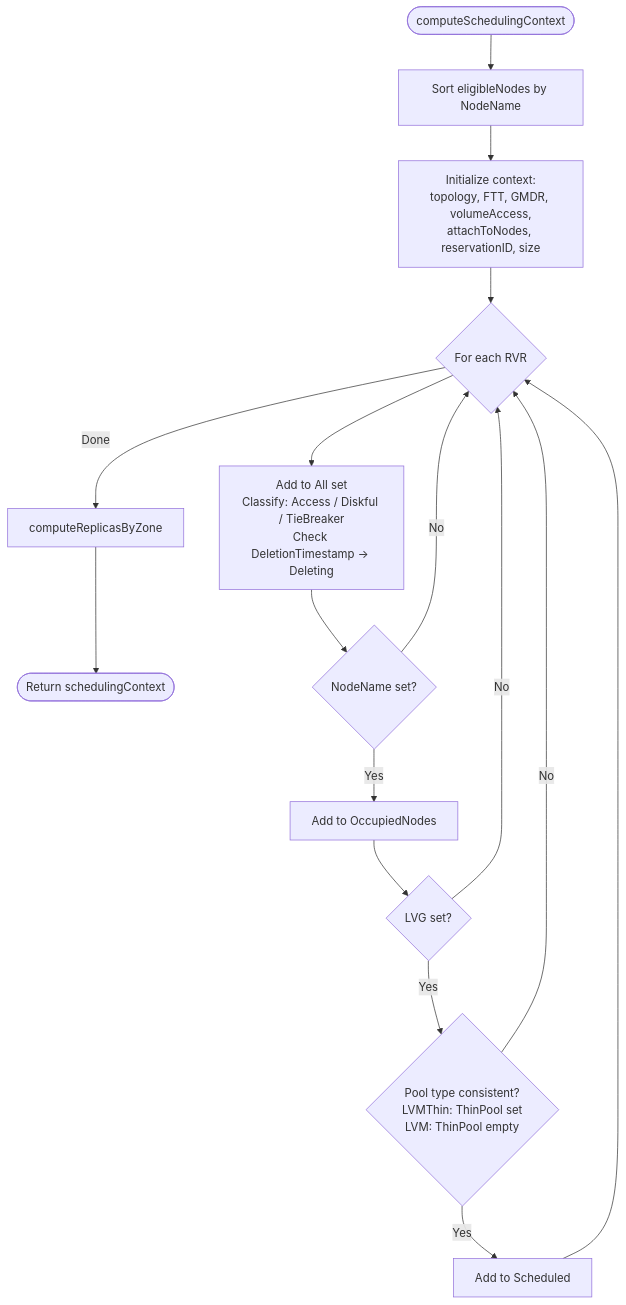
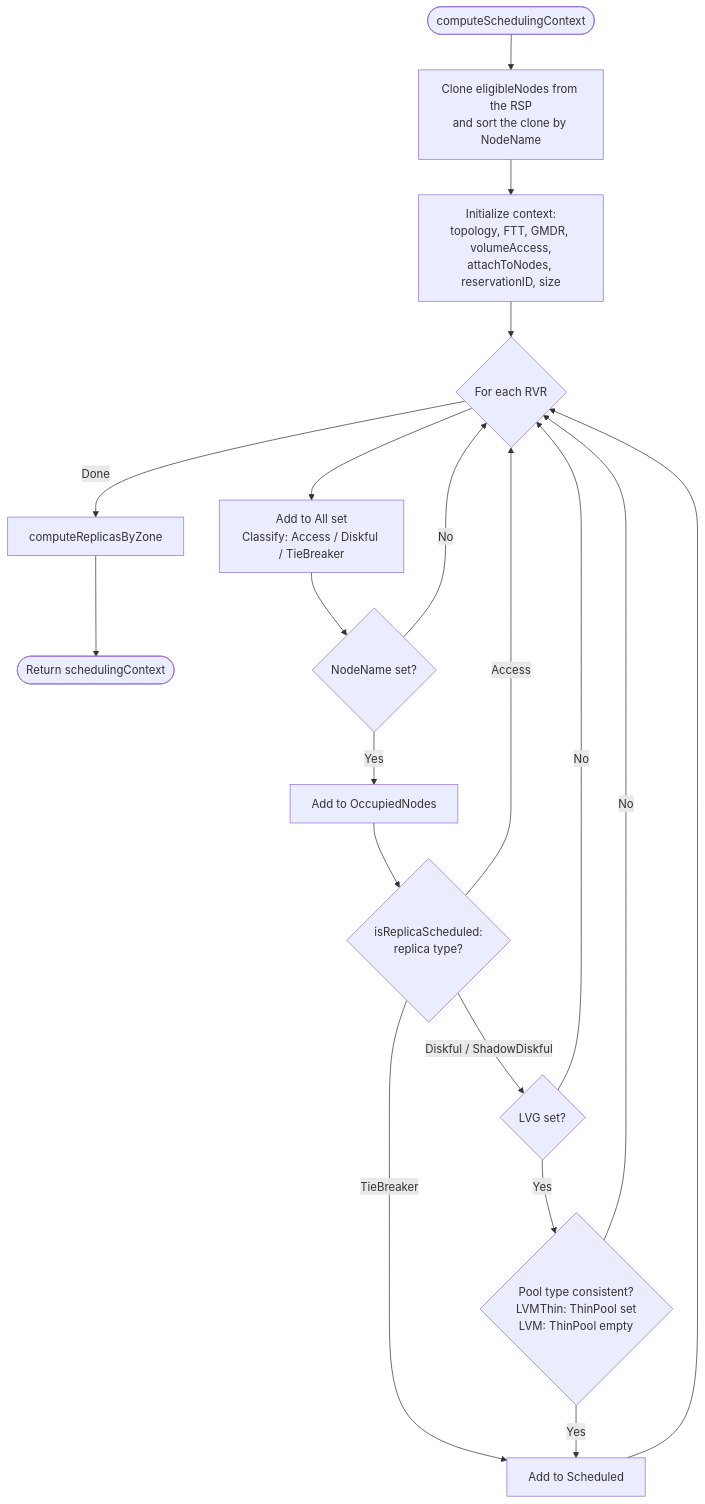
Before and after one commit to deckhouse/sds-replicated-volume: the third of 5 diagrams in images/controller/internal/controllers/rvr_scheduling_controller/README.md, drawn with Mermaid. The commit also changed other lines of this file and 7 other files, not shown here.

````diff
--- a/images/controller/internal/controllers/rvr_scheduling_controller/README.md
+++ b/images/controller/internal/controllers/rvr_scheduling_controller/README.md
@@ -343,20 +349,23 @@
 ```mermaid
 flowchart TD
-    Start([computeSchedulingContext]) --> SortNodes[Sort eligibleNodes by NodeName]
+    Start([computeSchedulingContext]) --> SortNodes["Clone eligibleNodes from the RSP<br/>and sort the clone by NodeName"]
     SortNodes --> InitCtx["Initialize context:<br/>topology, FTT, GMDR, volumeAccess,<br/>attachToNodes, reservationID, size"]
 
     InitCtx --> LoopRVR{For each RVR}
     LoopRVR -->|Done| ComputeZones[computeReplicasByZone]
     ComputeZones --> Return([Return schedulingContext])
 
-    LoopRVR --> Classify["Add to All set<br/>Classify: Access / Diskful / TieBreaker<br/>Check DeletionTimestamp → Deleting"]
+    LoopRVR --> Classify["Add to All set<br/>Classify: Access / Diskful / TieBreaker"]
     Classify --> CheckNode{NodeName set?}
     CheckNode -->|No| LoopRVR
     CheckNode -->|Yes| MarkOccupied[Add to OccupiedNodes]
-    MarkOccupied --> CheckLVG{LVG set?}
+    MarkOccupied --> CheckType{"isReplicaScheduled:<br/>replica type?"}
+    CheckType -->|TieBreaker| MarkScheduled[Add to Scheduled]
+    CheckType -->|Access| LoopRVR
+    CheckType -->|Diskful / ShadowDiskful| CheckLVG{LVG set?}
     CheckLVG -->|No| LoopRVR
     CheckLVG -->|Yes| CheckPoolType{"Pool type consistent?<br/>LVMThin: ThinPool set<br/>LVM: ThinPool empty"}
-    CheckPoolType -->|Yes| MarkScheduled[Add to Scheduled]
+    CheckPoolType -->|Yes| MarkScheduled
     CheckPoolType -->|No| LoopRVR
     MarkScheduled --> LoopRVR
 ```
````
